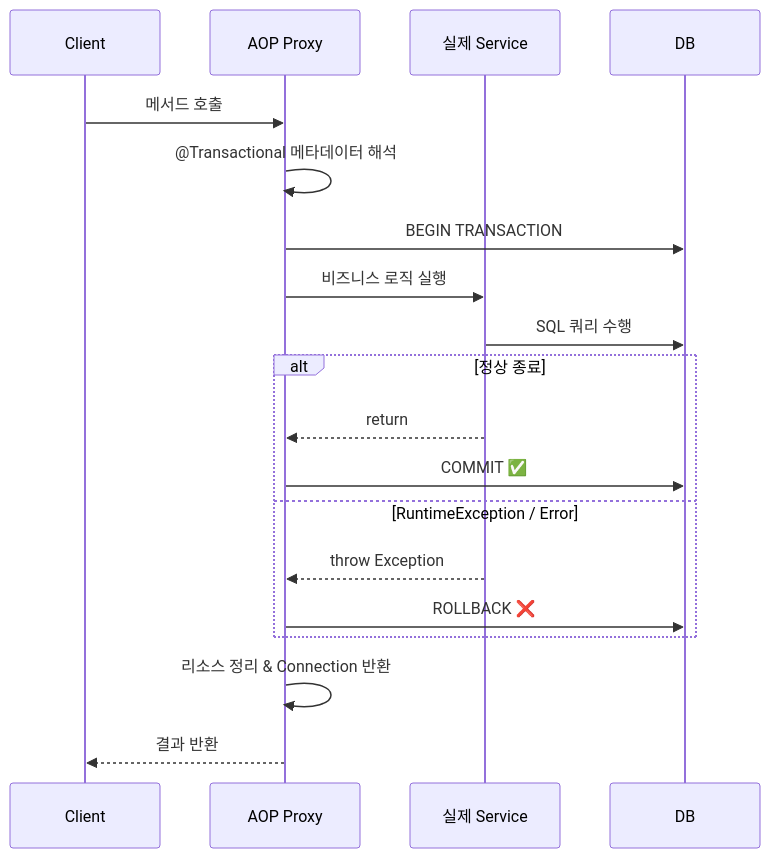
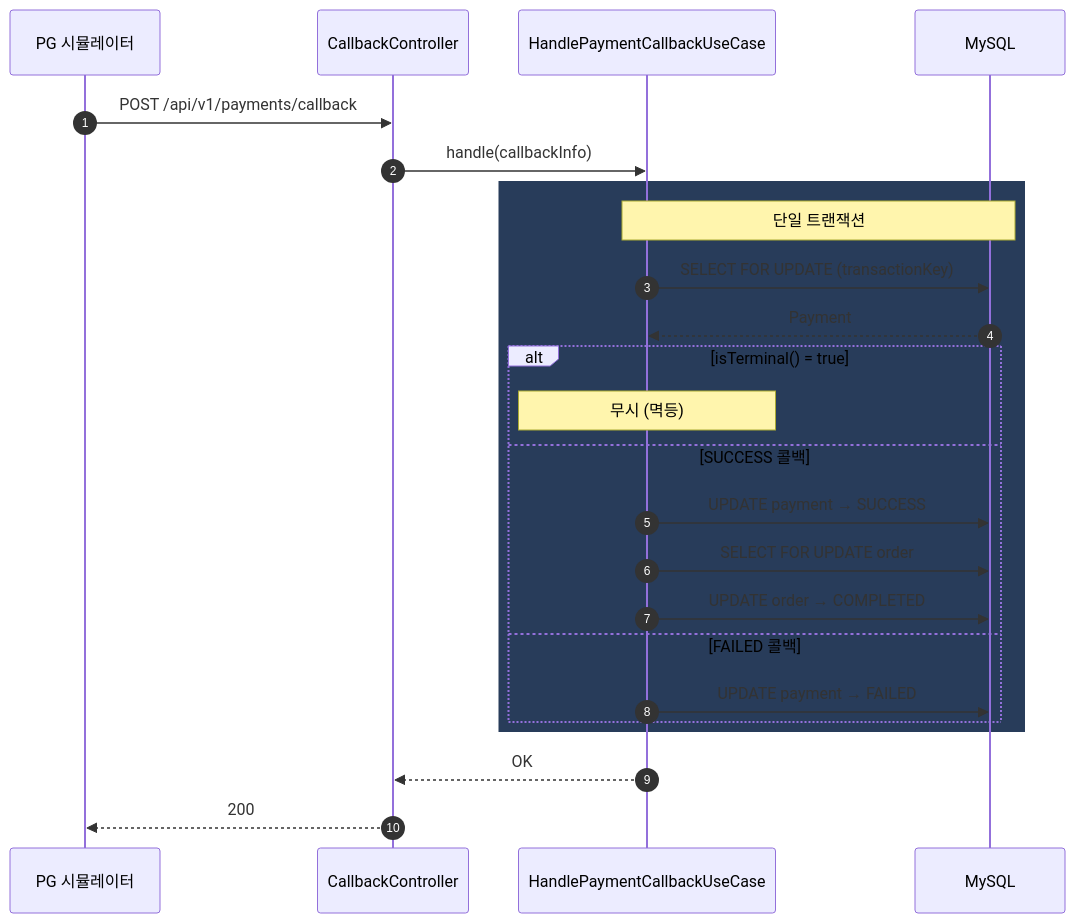
Before and after one commit to Loopers-dev-lab/loop-pack-be-l2-vol3-kotlin: the second of 4 diagrams in docs/gogo.md, drawn with Mermaid. The commit also changed other lines of this file, not shown here.

Commit message:
docs: PR 문서에 서킷 분리/POST Retry 제거/CB 70%/테스트 현황 반영

````diff
--- a/docs/gogo.md
+++ b/docs/gogo.md
@@ -164,24 +118,30 @@
 ```mermaid
 sequenceDiagram
-    participant Client
-    participant Proxy as AOP Proxy
-    participant Service as 실제 Service
-    participant DB
+    autonumber
+    participant PG as PG 시뮬레이터
+    participant CB as CallbackController
+    participant UC as HandlePaymentCallbackUseCase
+    participant DB as MySQL
 
-    Client->>Proxy: 메서드 호출
-    Proxy->>Proxy: @Transactional 메타데이터 해석
-    Proxy->>DB: BEGIN TRANSACTION
-    Proxy->>Service: 비즈니스 로직 실행
-    Service->>DB: SQL 쿼리 수행
+    PG->>CB: POST /api/v1/payments/callback
+    CB->>UC: handle(callbackInfo)
 
-    alt 정상 종료
-        Service-->>Proxy: return
-        Proxy->>DB: COMMIT ✅
-    else RuntimeException / Error
-        Service-->>Proxy: throw Exception
-        Proxy->>DB: ROLLBACK ❌
+    rect rgb(40, 60, 90)
+        Note over UC,DB: 단일 트랜잭션
+        UC->>DB: SELECT FOR UPDATE (transactionKey)
+        DB-->>UC: Payment
+
+        alt isTerminal() = true
+            Note over UC: 무시 (멱등)
+        else SUCCESS 콜백
+            UC->>DB: UPDATE payment → SUCCESS
+            UC->>DB: SELECT FOR UPDATE order
+            UC->>DB: UPDATE order → COMPLETED
+        else FAILED 콜백
+            UC->>DB: UPDATE payment → FAILED
+        end
     end
 
-    Proxy->>Proxy: 리소스 정리 & Connection 반환
-    Proxy-->>Client: 결과 반환
+    UC-->>CB: OK
+    CB-->>PG: 200
 ```
````
